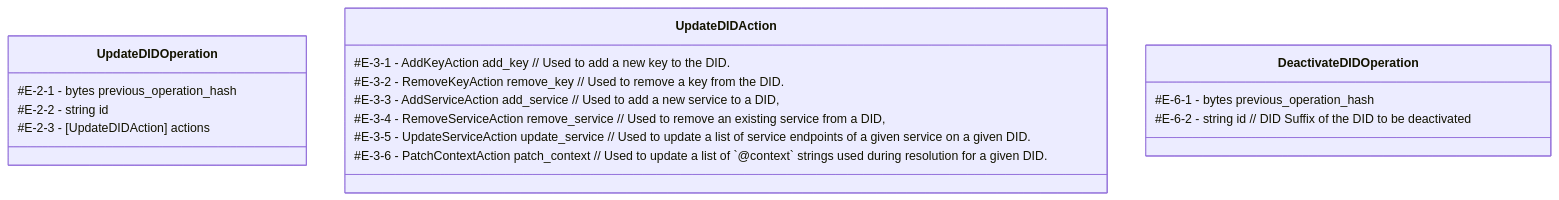
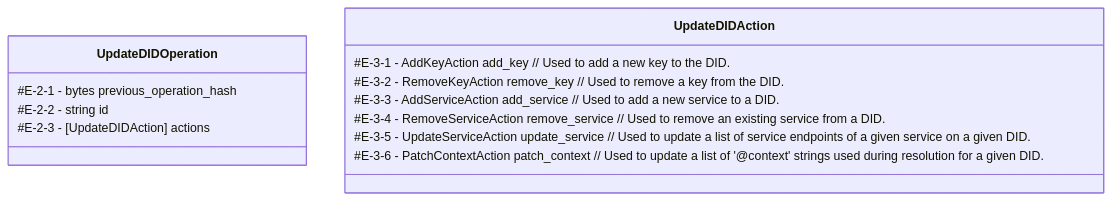
The sixth of 8 diagrams in prism-vdr-specification.md (hyperledger-identus/prism-vdr-driver), drawn with Mermaid before and after one commit. The commit also changed other lines of this file, not shown here.

````diff
--- a/prism-vdr-specification.md
+++ b/prism-vdr-specification.md
@@ -336,21 +354,15 @@
 ```mermaid
 classDiagram
 class UpdateDIDOperation
 UpdateDIDOperation : #E-2-1 - bytes previous_operation_hash
 UpdateDIDOperation : #E-2-2 - string id
 UpdateDIDOperation : #E-2-3 - [UpdateDIDAction] actions
 
 class UpdateDIDAction
 UpdateDIDAction : #E-3-1 - AddKeyAction add_key // Used to add a new key to the DID.
 UpdateDIDAction : #E-3-2 - RemoveKeyAction remove_key // Used to remove a key from the DID.
-UpdateDIDAction : #E-3-3 - AddServiceAction add_service // Used to add a new service to a DID,
-UpdateDIDAction : #E-3-4 - RemoveServiceAction remove_service // Used to remove an existing service from a DID,
+UpdateDIDAction : #E-3-3 - AddServiceAction add_service // Used to add a new service to a DID.
+UpdateDIDAction : #E-3-4 - RemoveServiceAction remove_service // Used to remove an existing service from a DID.
 UpdateDIDAction : #E-3-5 - UpdateServiceAction update_service // Used to update a list of service endpoints of a given service on a given DID.
-UpdateDIDAction : #E-3-6 - PatchContextAction patch_context // Used to update a list of `@context` strings used during resolution for a given DID.
-  
-
-
-class DeactivateDIDOperation
-DeactivateDIDOperation : #E-6-1 - bytes previous_operation_hash
-DeactivateDIDOperation : #E-6-2 - string id // DID Suffix of the DID to be deactivated
+UpdateDIDAction : #E-3-6 - PatchContextAction patch_context // Used to update a list of '@context' strings used during resolution for a given DID.
 ```
````
